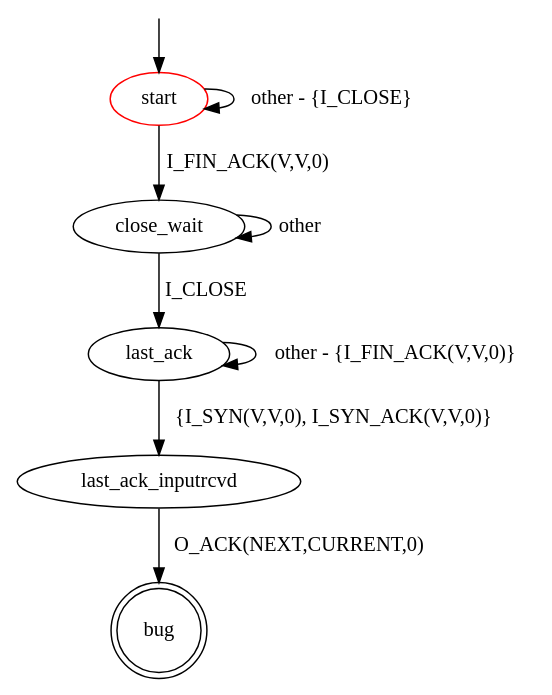
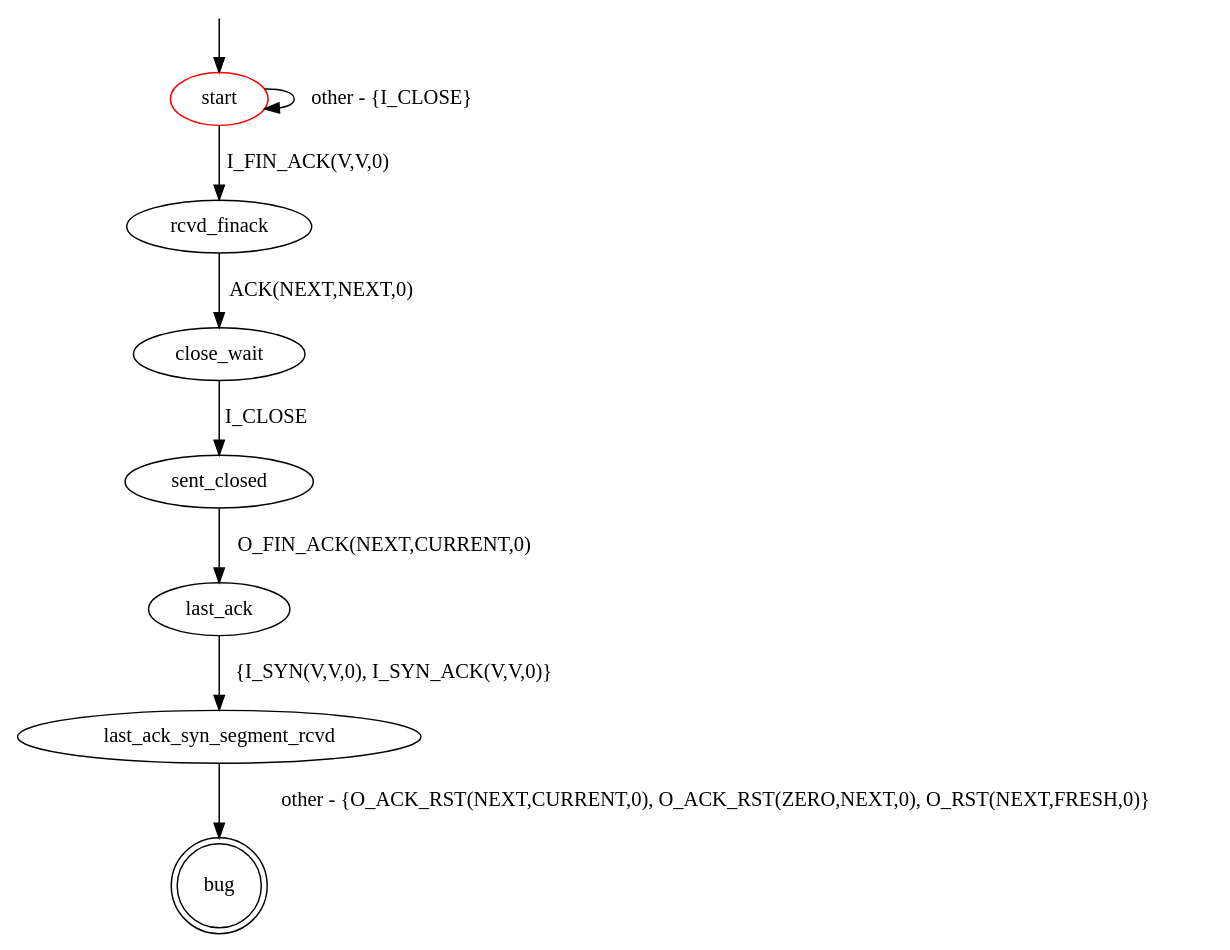
Before and after one commit to assist-project/state-machine-bug-finder: the diagram in src/main/resources/patterns/tcp/client/invalid_response_to_syn_segment_last_ack.dot, drawn with Graphviz. The commit also changed 4 other files, not shown here.

Commit message:
Fix bug patterns regarding receiving SYN segment. Adjust test case.

```diff
--- a/src/main/resources/patterns/tcp/client/invalid_response_to_syn_segment_last_ack.dot
+++ b/src/main/resources/patterns/tcp/client/invalid_response_to_syn_segment_last_ack.dot
@@ -1,16 +1,21 @@
 digraph G {
 label=""
 start [color="red"]
 bug [shape="doublecircle"]
 
 start -> start [label="other - {I_CLOSE}"]
-start -> close_wait [label="I_FIN_ACK(V,V,0)"]
-close_wait -> close_wait [label="other"]
-close_wait -> last_ack [label="I_CLOSE"]
-last_ack -> last_ack [label="other - {I_FIN_ACK(V,V,0)}"]
-last_ack -> last_ack_inputrcvd [label="{I_SYN(V,V,0), I_SYN_ACK(V,V,0)}"]
-last_ack_inputrcvd -> bug [label="O_ACK(NEXT,CURRENT,0)"]
+start -> rcvd_finack [label="I_FIN_ACK(V,V,0)"]
+
+rcvd_finack -> close_wait [label="ACK(NEXT,NEXT,0)"]
+
+close_wait -> sent_closed [label="I_CLOSE"]
+
+sent_closed -> last_ack [label="O_FIN_ACK(NEXT,CURRENT,0)"]
+
+last_ack -> last_ack_syn_segment_rcvd [label="{I_SYN(V,V,0), I_SYN_ACK(V,V,0)}"]
+
+last_ack_syn_segment_rcvd -> bug [label="other - {O_ACK_RST(NEXT,CURRENT,0), O_ACK_RST(ZERO,NEXT,0), O_RST(NEXT,FRESH,0)}"]
 
 __start0 [label="" shape="none" width="0" height="0"];
 __start0 -> start;
 }
```
